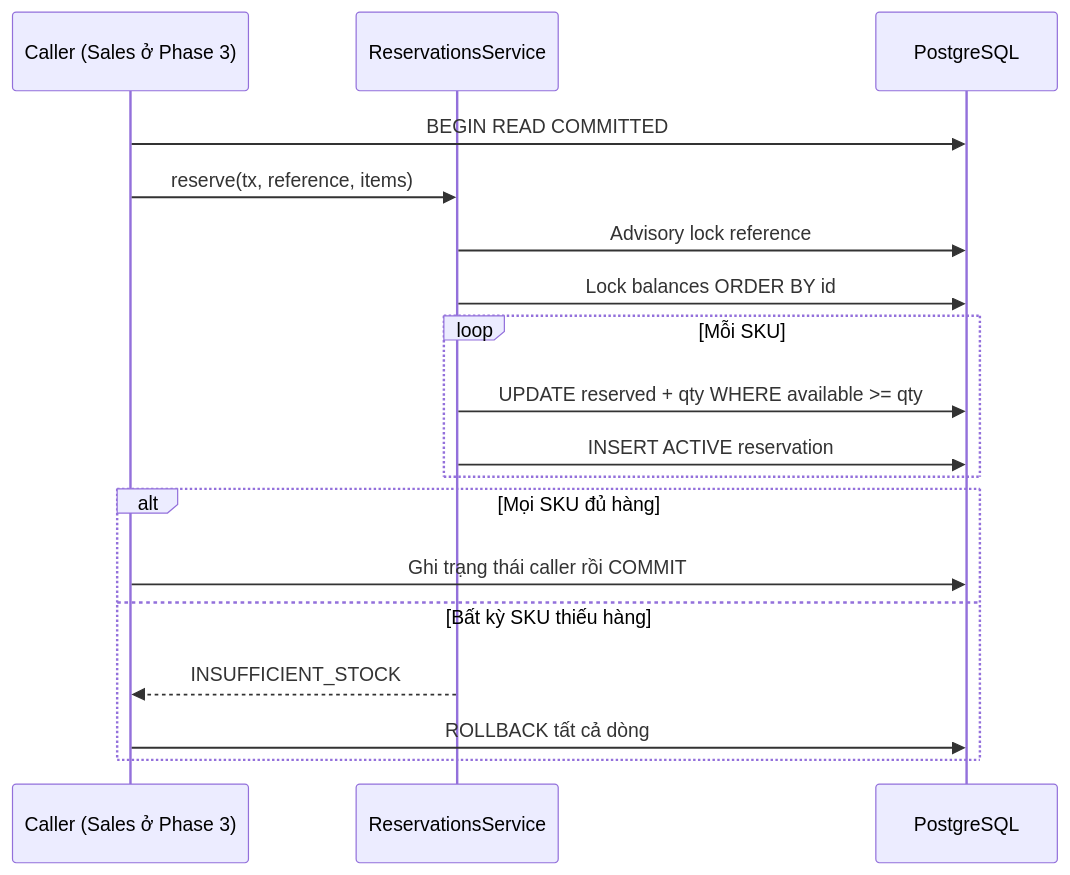
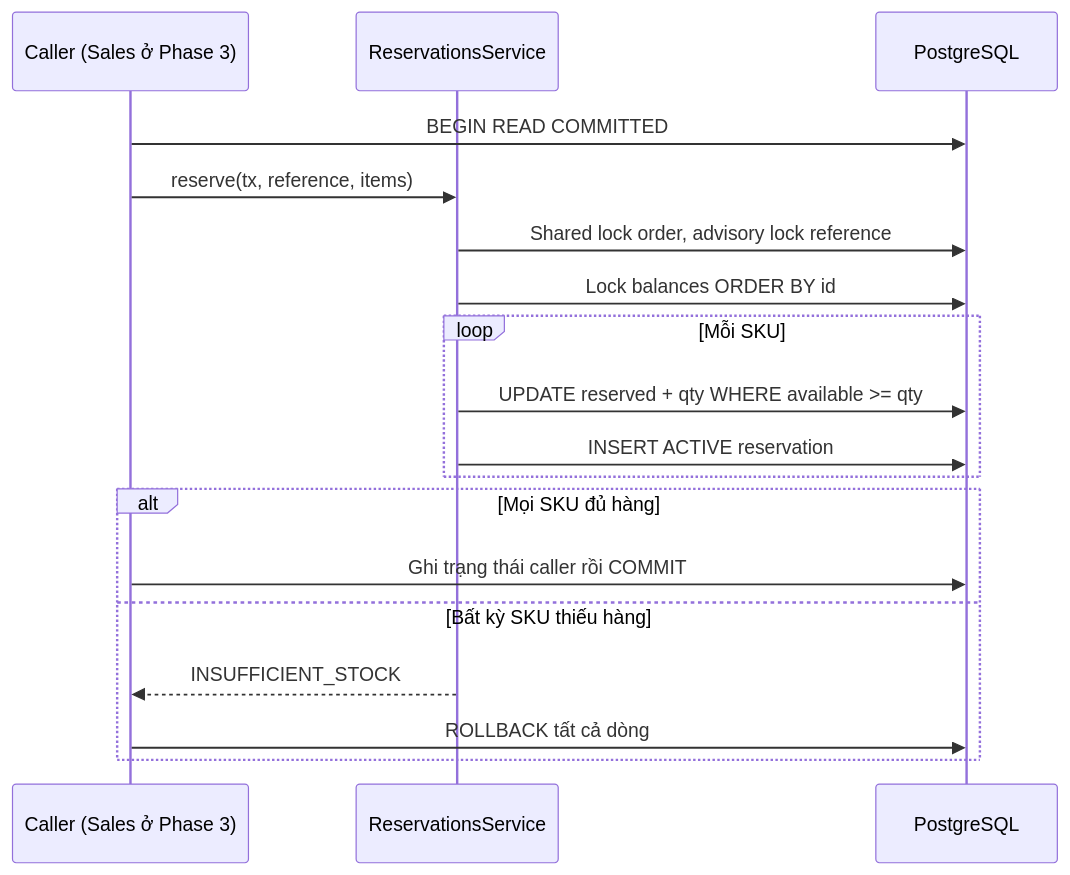
The first of 4 diagrams in docs/business-rules/INVENTORY_RULES.md (5erax/nexuserp), drawn with Mermaid before and after one commit. The commit also changed other lines of this file and 23 other files, not shown here.

Commit message:
feat(database): add CRM Sales schema and linked reservations (#107)

````diff
--- a/docs/business-rules/INVENTORY_RULES.md
+++ b/docs/business-rules/INVENTORY_RULES.md
@@ -36,20 +36,20 @@
 ```mermaid
 sequenceDiagram
     participant C as Caller (Sales ở Phase 3)
     participant R as ReservationsService
     participant DB as PostgreSQL
     C->>DB: BEGIN READ COMMITTED
     C->>R: reserve(tx, reference, items)
-    R->>DB: Advisory lock reference
+    R->>DB: Shared lock order, advisory lock reference
     R->>DB: Lock balances ORDER BY id
     loop Mỗi SKU
         R->>DB: UPDATE reserved + qty WHERE available >= qty
         R->>DB: INSERT ACTIVE reservation
     end
     alt Mọi SKU đủ hàng
         C->>DB: Ghi trạng thái caller rồi COMMIT
     else Bất kỳ SKU thiếu hàng
         R-->>C: INSUFFICIENT_STOCK
         C->>DB: ROLLBACK tất cả dòng
     end
 ```
````
